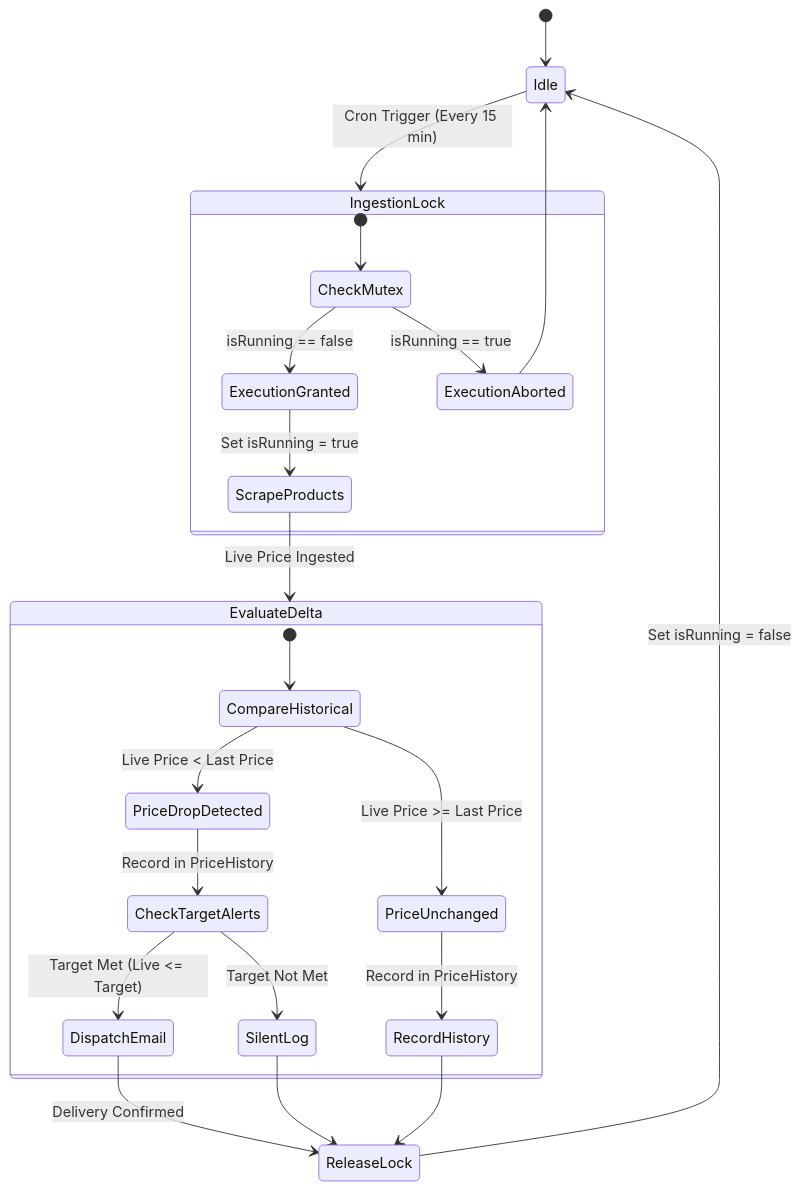
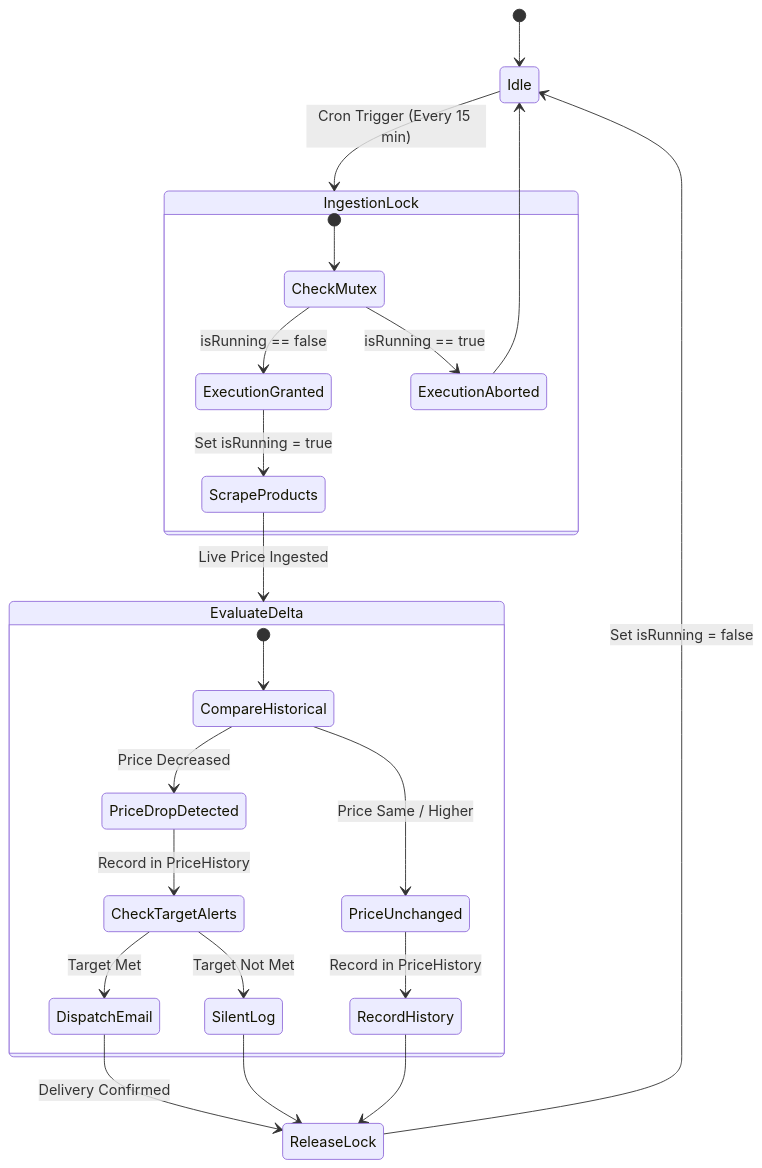
The seventh of 8 diagrams in README.md (imMohammedSahil/Zemo), drawn with Mermaid before and after one commit.

Commit message:
docs: adjust scheduler state diagram labels to prevent border overflow

````diff
--- a/README.md
+++ b/README.md
@@ -344,30 +344,30 @@
 ```mermaid
 stateDiagram-v2
     [*] --> Idle
     Idle --> IngestionLock: Cron Trigger (Every 15 min)
     
     state IngestionLock {
         [*] --> CheckMutex
         CheckMutex --> ExecutionGranted: isRunning == false
         CheckMutex --> ExecutionAborted: isRunning == true
         ExecutionGranted --> ScrapeProducts: Set isRunning = true
     }
 
     ExecutionAborted --> Idle
     ScrapeProducts --> EvaluateDelta: Live Price Ingested
     
     state EvaluateDelta {
         [*] --> CompareHistorical
-        CompareHistorical --> PriceDropDetected: Live Price < Last Price
-        CompareHistorical --> PriceUnchanged: Live Price >= Last Price
+        CompareHistorical --> PriceDropDetected: Price Decreased
+        CompareHistorical --> PriceUnchanged: Price Same / Higher
         PriceDropDetected --> CheckTargetAlerts: Record in PriceHistory
         PriceUnchanged --> RecordHistory: Record in PriceHistory
-        CheckTargetAlerts --> DispatchEmail: Target Met (Live <= Target)
+        CheckTargetAlerts --> DispatchEmail: Target Met
         CheckTargetAlerts --> SilentLog: Target Not Met
     }
 
     DispatchEmail --> ReleaseLock: Delivery Confirmed
     SilentLog --> ReleaseLock
     RecordHistory --> ReleaseLock
     ReleaseLock --> Idle: Set isRunning = false
 ```
````
